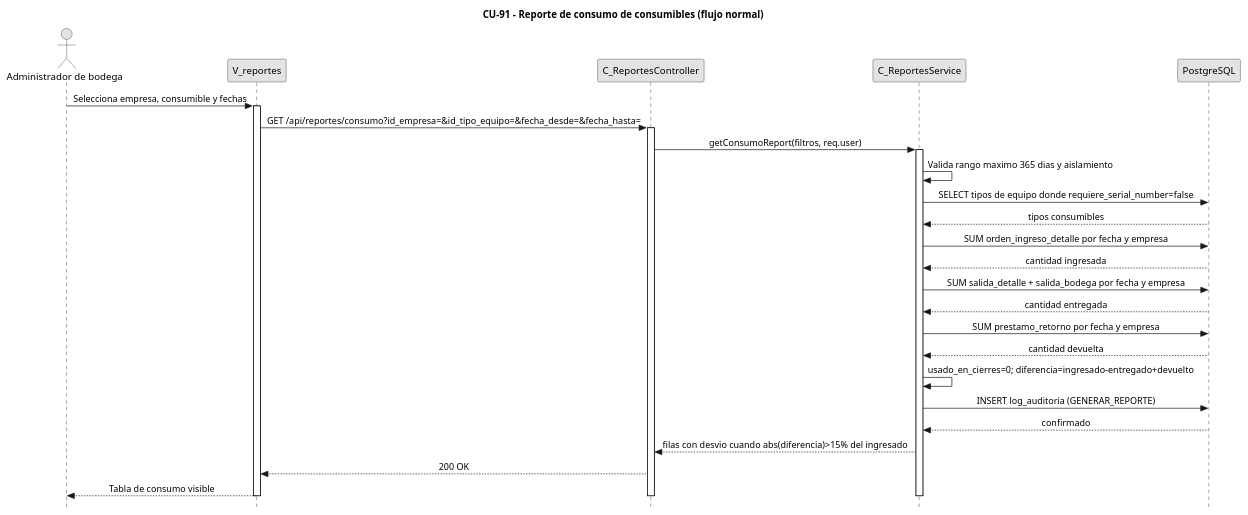
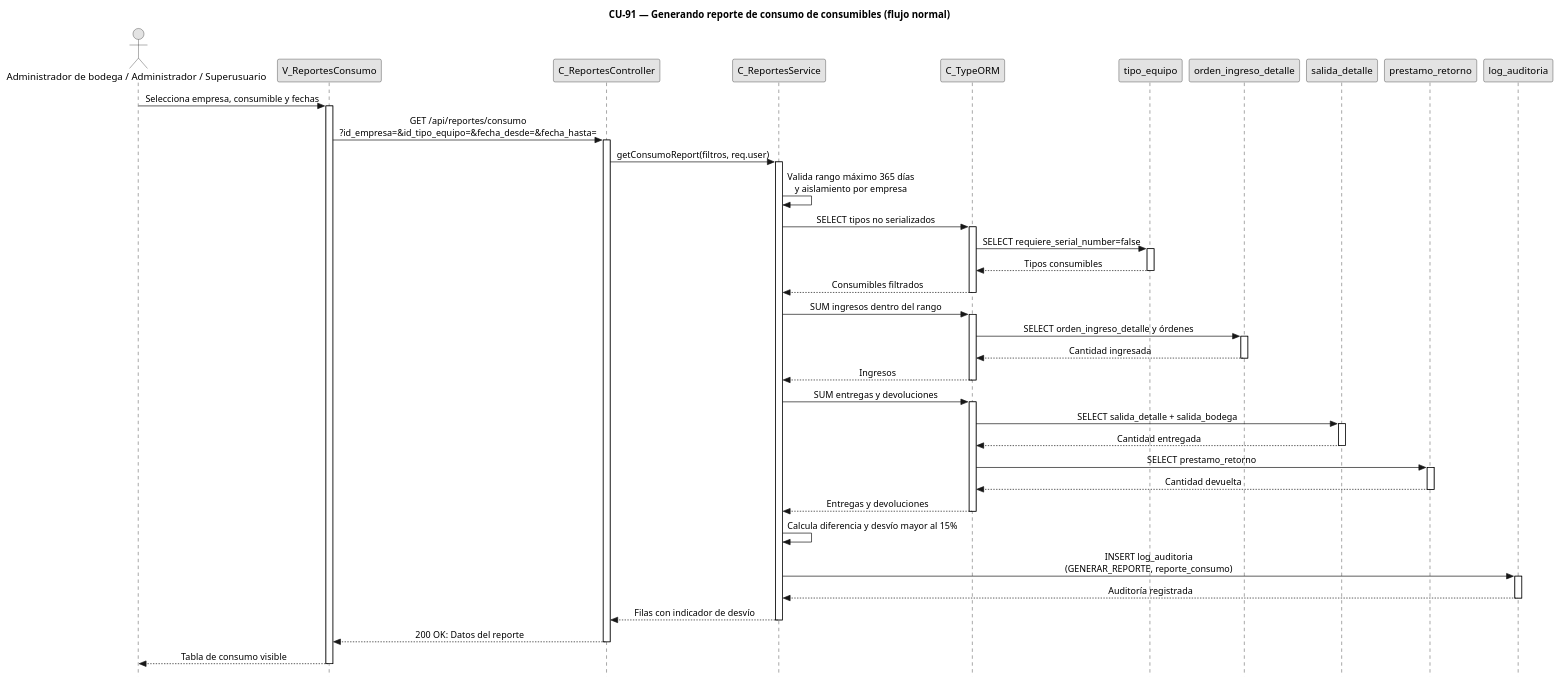
One commit to FSM-Finet-y-Cable-Magico/Team_1-Inventario-y-Bodega changed the diagram in diagramas/diagramas-secuencia/CU91/CU91-normal.puml. Above: the diagram before and after it, drawn with PlantUML. The commit also changed 35 other files, not shown here.

Commit message:
Arreglo de diagramas

```diff
--- a/diagramas/diagramas-secuencia/CU91/CU91-normal.puml
+++ b/diagramas/diagramas-secuencia/CU91/CU91-normal.puml
@@ -1,49 +1,77 @@
-@startuml CU91-Consumo-Consumibles-Normal
-title CU-91 - Reporte de consumo de consumibles (flujo normal)
+@startuml CU91-normal
+title CU-91 — Generando reporte de consumo de consumibles (flujo normal)
+
 skinparam style strictuml
 skinparam monochrome true
 skinparam shadowing false
-skinparam sequenceMessageAlign center
 <style>
 sequenceDiagram {
-	participant { Margin 35 }
-	actor { Margin 15 }
+  participant { Margin 25 }
+  actor { Margin 20 }
 }
 </style>
 skinparam sequence {
 	MessageAlign center
 	LifeLineBorderColor black
 }
 hide footbox
 
-actor "Administrador de bodega" as Usuario
-participant "V_reportes" as V
-participant "C_ReportesController" as C
-participant "C_ReportesService" as SVC
-participant "PostgreSQL" as DB
+actor "Administrador de bodega / Administrador / Superusuario" as user
+participant "V_ReportesConsumo" as view
+participant "C_ReportesController" as ctrl
+participant "C_ReportesService" as svc
+participant "C_TypeORM" as orm
+participant "tipo_equipo" as tent
+participant "orden_ingreso_detalle" as oent
+participant "salida_detalle" as dent
+participant "prestamo_retorno" as rent
+participant "log_auditoria" as aent
 
-Usuario -> V : Selecciona empresa, consumible y fechas
-activate V
-V -> C : GET /api/reportes/consumo?id_empresa=&id_tipo_equipo=&fecha_desde=&fecha_hasta=
-activate C
-C -> SVC : getConsumoReport(filtros, req.user)
-activate SVC
-SVC -> SVC : Valida rango maximo 365 dias y aislamiento
-SVC -> DB : SELECT tipos de equipo donde requiere_serial_number=false
-DB --> SVC : tipos consumibles
-SVC -> DB : SUM orden_ingreso_detalle por fecha y empresa
-DB --> SVC : cantidad ingresada
-SVC -> DB : SUM salida_detalle + salida_bodega por fecha y empresa
-DB --> SVC : cantidad entregada
-SVC -> DB : SUM prestamo_retorno por fecha y empresa
-DB --> SVC : cantidad devuelta
-SVC -> SVC : usado_en_cierres=0; diferencia=ingresado-entregado+devuelto
-SVC -> DB : INSERT log_auditoria (GENERAR_REPORTE)
-DB --> SVC : confirmado
-SVC --> C : filas con desvio cuando abs(diferencia)>15% del ingresado
-C --> V : 200 OK
-V --> Usuario : Tabla de consumo visible
- deactivate SVC
- deactivate C
- deactivate V
+user -> view : Selecciona empresa, consumible y fechas
+activate view
+view -> ctrl : GET /api/reportes/consumo\n?id_empresa=&id_tipo_equipo=&fecha_desde=&fecha_hasta=
+activate ctrl
+ctrl -> svc : getConsumoReport(filtros, req.user)
+activate svc
+svc -> svc : Valida rango máximo 365 días\ny aislamiento por empresa
+svc -> orm : SELECT tipos no serializados
+activate orm
+orm -> tent : SELECT requiere_serial_number=false
+activate tent
+tent --> orm : Tipos consumibles
+deactivate tent
+orm --> svc : Consumibles filtrados
+deactivate orm
+svc -> orm : SUM ingresos dentro del rango
+activate orm
+orm -> oent : SELECT orden_ingreso_detalle y órdenes
+activate oent
+oent --> orm : Cantidad ingresada
+deactivate oent
+orm --> svc : Ingresos
+deactivate orm
+svc -> orm : SUM entregas y devoluciones
+activate orm
+orm -> dent : SELECT salida_detalle + salida_bodega
+activate dent
+dent --> orm : Cantidad entregada
+deactivate dent
+orm -> rent : SELECT prestamo_retorno
+activate rent
+rent --> orm : Cantidad devuelta
+deactivate rent
+orm --> svc : Entregas y devoluciones
+deactivate orm
+svc -> svc : Calcula diferencia y desvío mayor al 15%
+svc -> aent : INSERT log_auditoria\n(GENERAR_REPORTE, reporte_consumo)
+activate aent
+aent --> svc : Auditoría registrada
+deactivate aent
+svc --> ctrl : Filas con indicador de desvío
+deactivate svc
+ctrl --> view : 200 OK: Datos del reporte
+deactivate ctrl
+view --> user : Tabla de consumo visible
+deactivate view
+
 @enduml
```
